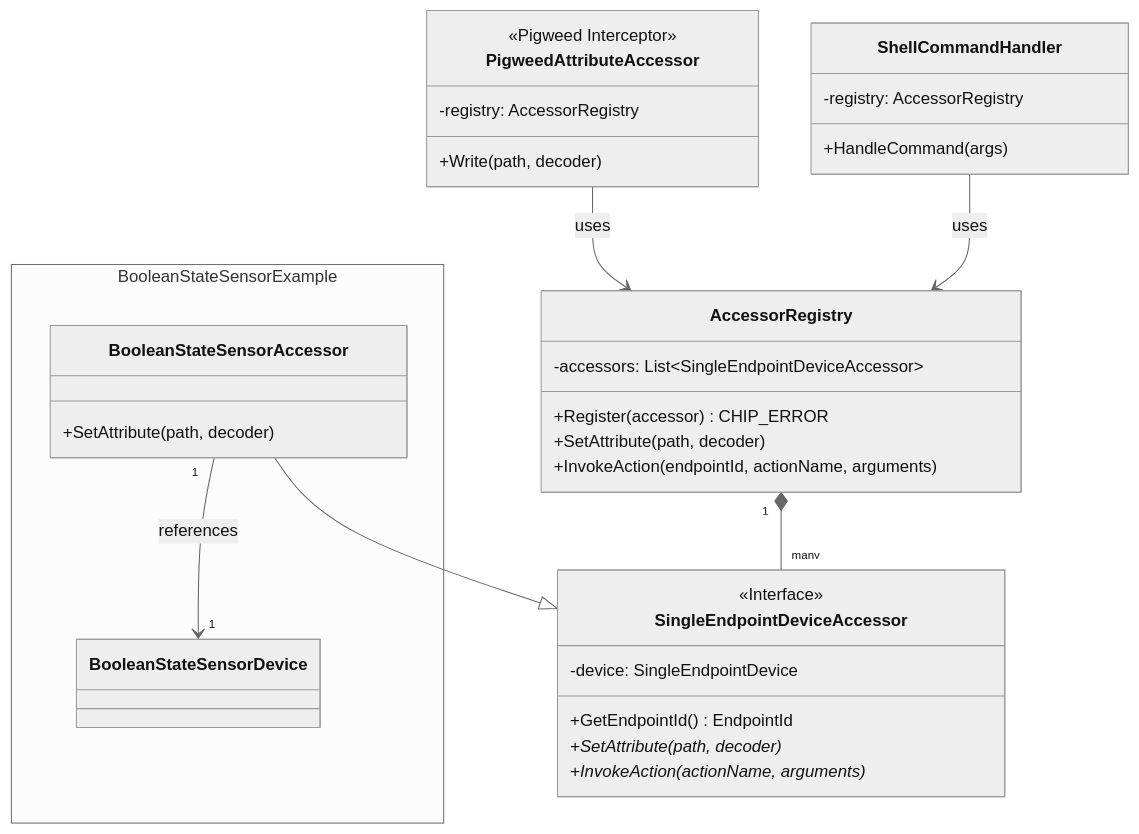
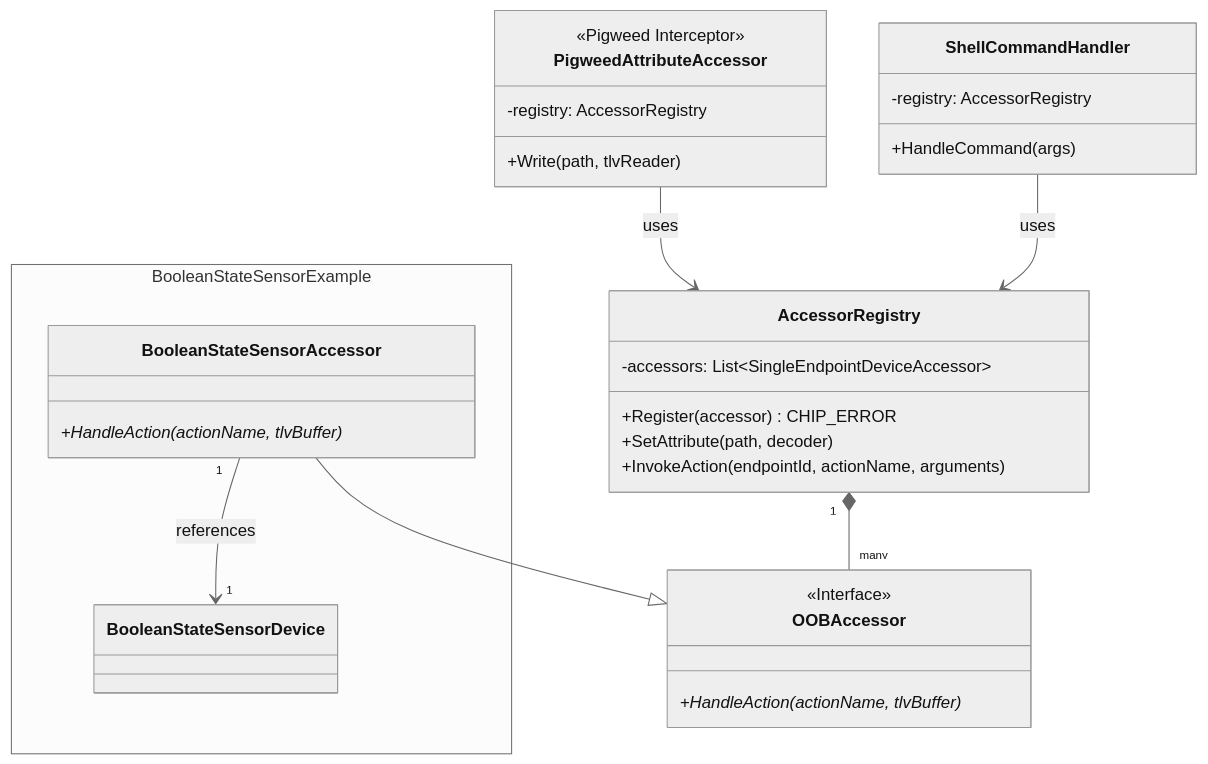
Before and after one commit to project-chip/connectedhomeip: the diagram in examples/all-devices-app/all-devices-common/accessors/README.md, drawn with Mermaid (neutral theme). The commit also changed other lines of this file, not shown here.

````diff
--- a/examples/all-devices-app/all-devices-common/accessors/README.md
+++ b/examples/all-devices-app/all-devices-common/accessors/README.md
@@ -17,40 +17,37 @@
 ```mermaid
 classDiagram
     class AccessorRegistry {
         -accessors: List~SingleEndpointDeviceAccessor~
         +Register(accessor) CHIP_ERROR
         +SetAttribute(path, decoder)
         +InvokeAction(endpointId, actionName, arguments)
     }
-    class SingleEndpointDeviceAccessor {
+    class OOBAccessor {
         <<Interface>>
-        -device: SingleEndpointDevice
-        +GetEndpointId() EndpointId
-        +SetAttribute(path, decoder)*
-        +InvokeAction(actionName, arguments)*
+        +HandleAction(actionName, tlvBuffer)*
     }
 
     namespace BooleanStateSensorExample {
         class BooleanStateSensorAccessor {
-            +SetAttribute(path, decoder)
+            +HandleAction(actionName, tlvBuffer)*
         }
         class BooleanStateSensorDevice {
         }
     }
 
     class PigweedAttributeAccessor {
         <<Pigweed Interceptor>>
         -registry: AccessorRegistry
-        +Write(path, decoder)
+        +Write(path, tlvReader)
     }
     class ShellCommandHandler {
         -registry: AccessorRegistry
         +HandleCommand(args)
     }
 
-    AccessorRegistry "1" *-- "many" SingleEndpointDeviceAccessor
-    BooleanStateSensorAccessor --|> SingleEndpointDeviceAccessor
+    AccessorRegistry "1" *-- "many" OOBAccessor
+    BooleanStateSensorAccessor --|> OOBAccessor
     BooleanStateSensorAccessor "1" --> "1" BooleanStateSensorDevice : references
     PigweedAttributeAccessor --> AccessorRegistry : uses
     ShellCommandHandler --> AccessorRegistry : uses
 ```
````
